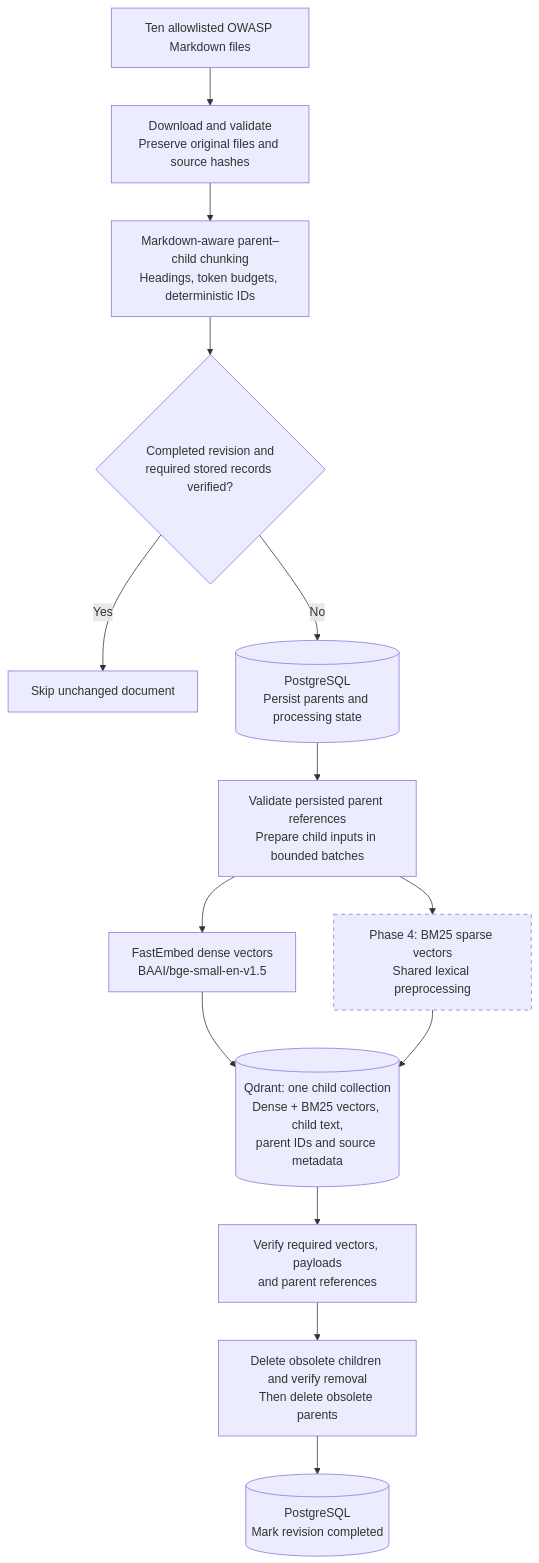
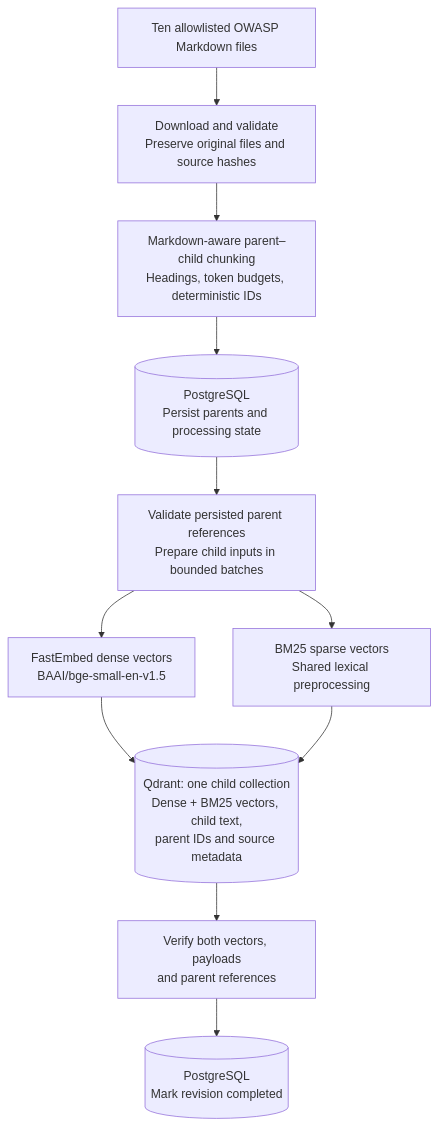
Before and after one commit to Nikoo-Asadnejad/Security-Knowledge-Assistant: the first of 2 diagrams in README.md, drawn with Mermaid. The commit also changed other lines of this file and 18 other files, not shown here.

````diff
--- a/README.md
+++ b/README.md
@@ -27,19 +27,14 @@
 ```mermaid
 flowchart TD
     source["Ten allowlisted OWASP Markdown files"] --> download["Download and validate<br/>Preserve original files and source hashes"]
     download --> chunk["Markdown-aware parent–child chunking<br/>Headings, token budgets, deterministic IDs"]
-    chunk --> check{"Completed revision and<br/>required stored records verified?"}
-    check -->|Yes| skip["Skip unchanged document"]
-    check -->|No| parents[("PostgreSQL<br/>Persist parents and processing state")]
+    chunk --> parents[("PostgreSQL<br/>Persist parents and processing state")]
     parents --> batch["Validate persisted parent references<br/>Prepare child inputs in bounded batches"]
     batch --> dense["FastEmbed dense vectors<br/>BAAI/bge-small-en-v1.5"]
-    batch --> sparse["Phase 4: BM25 sparse vectors<br/>Shared lexical preprocessing"]
+    batch --> sparse["BM25 sparse vectors<br/>Shared lexical preprocessing"]
     dense --> points[("Qdrant: one child collection<br/>Dense + BM25 vectors, child text,<br/>parent IDs and source metadata")]
     sparse --> points
-    points --> verify["Verify required vectors, payloads<br/>and parent references"]
-    verify --> cleanup["Delete obsolete children and verify removal<br/>Then delete obsolete parents"]
-    cleanup --> complete[("PostgreSQL<br/>Mark revision completed")]
+    points --> verify["Verify both vectors, payloads<br/>and parent references"]
+    verify --> complete[("PostgreSQL<br/>Mark revision completed")]
 
-    classDef planned stroke-dasharray: 5 5
-    class sparse planned
 ```
````
